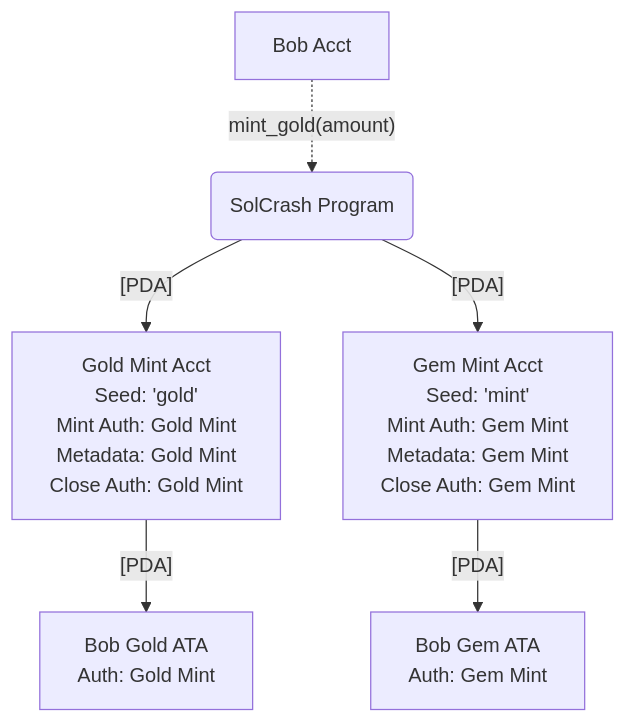
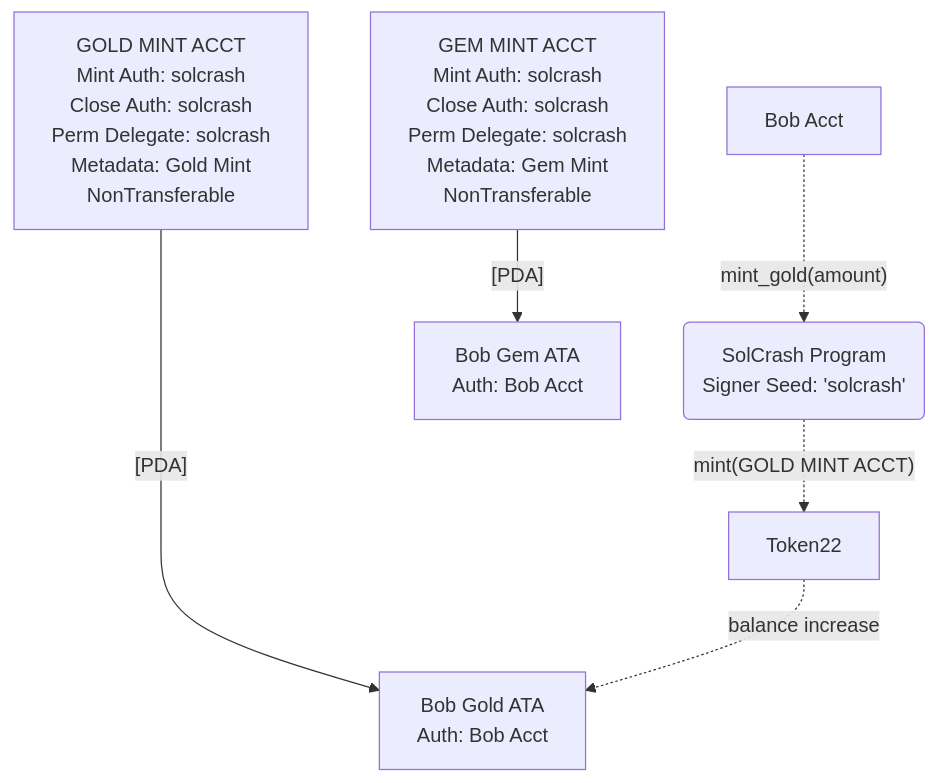
The first of 2 diagrams in readme.md (Web3-Builders-Alliance/kilogold_Sol_2Q24), drawn with Mermaid before and after one commit. The commit also changed other lines of this file and 1 other file, not shown here.

````diff
--- a/readme.md
+++ b/readme.md
@@ -12,37 +12,43 @@
 ```mermaid
 flowchart TD
 
             direction LR
-            program("SolCrash Program")
+            program("SolCrash Program
+                Signer Seed: 'solcrash'"
+            )
             
-            goldMint["Gold Mint Acct
-                Seed: 'gold'
-                Mint Auth: Gold Mint
+            goldMint["
+                GOLD MINT ACCT
+                Mint Auth: solcrash
+                Close Auth: solcrash
+                Perm Delegate: solcrash
                 Metadata: Gold Mint
-                Close Auth: Gold Mint"
+                NonTransferable
+            "]
+            
+            goldATA_Bob["Bob Gold ATA
+                Auth: Bob Acct"
             ]
             
-            goldATA_Bob["Bob Gold ATA
-                Auth: Gold Mint"
-            ]
-            
-            gemMint["Gem Mint Acct
-                Seed: 'mint'
-                Mint Auth: Gem Mint
+            gemMint["
+                GEM MINT ACCT
+                Mint Auth: solcrash
+                Close Auth: solcrash
+                Perm Delegate: solcrash
                 Metadata: Gem Mint
-                Close Auth: Gem Mint"
-            ]
+                NonTransferable
+            "]
             
             gemATA_Bob["Bob Gem ATA
-                Auth: Gem Mint"
+                Auth: Bob Acct"
             ]
 
-            program --[PDA]--> goldMint
-            program --[PDA]--> gemMint
-            goldMint --[PDA]--> goldATA_Bob
+            goldMint ---->|"[PDA]"| goldATA_Bob
             gemMint --[PDA]--> gemATA_Bob
 
             direction LR
             accountB["Bob Acct"]
-            accountB -.->|mint_gold#40;amount#41;| program  
+            accountB -.->|"mint_gold(amount)"| program  
+            program -.->|"mint(GOLD MINT ACCT)"| Token22
+            Token22 -.->|balance increase| goldATA_Bob
 ```
````
